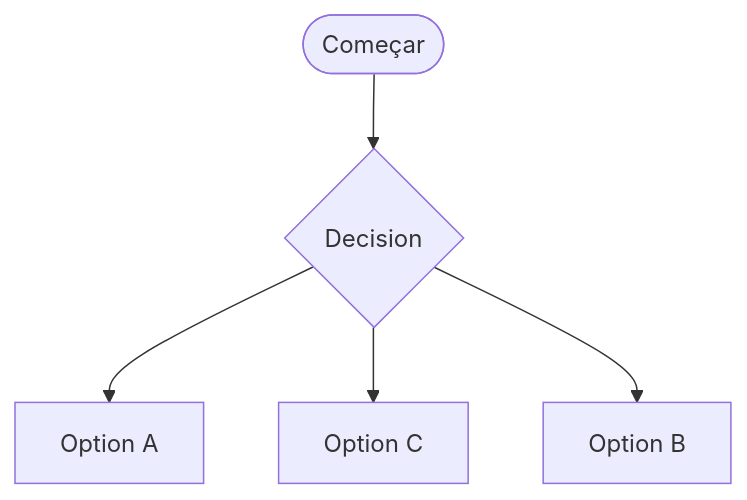
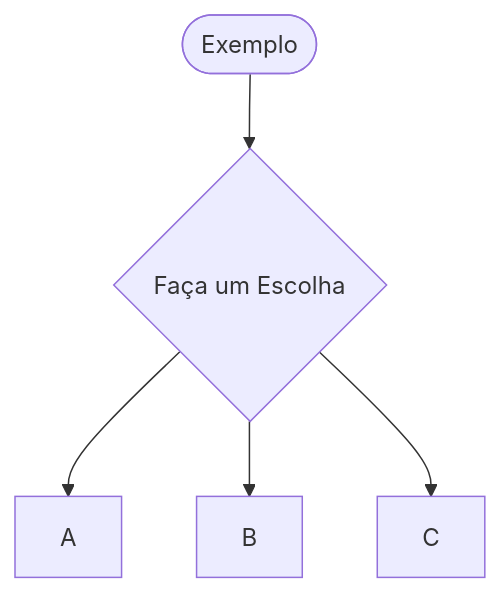
The second of 2 diagrams in README.md (ramtrigodev/grafico_gant), drawn with Mermaid before and after one commit.

````diff
--- a/README.md
+++ b/README.md
@@ -17,8 +17,8 @@
 ```mermaid
 flowchart TD
-    A(["Começar"])
-    A --> B{"Decision"}
-    B --> C["Option A"]
-    B --> E["Option C"]
-    B --> D["Option B"]
+    A(["Exemplo"])
+    A --> B{"Faça um Escolha"}
+    B --> C["A"]
+    B --> E["B"]
+    B --> D["C"]
 ```
````
